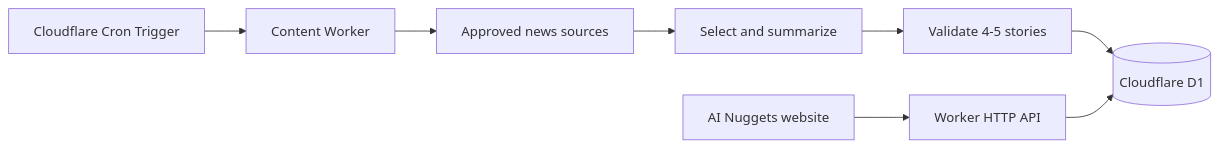
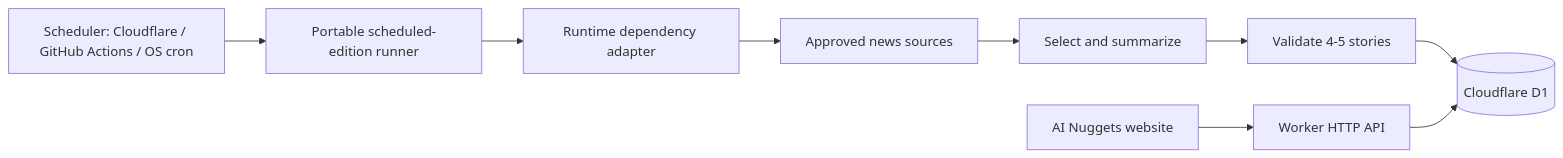
Before and after one commit to RadheCode/AINuggets: the diagram in docs/DAILY_CONTENT_AUTOMATION.md, drawn with Mermaid. The commit also changed other lines of this file, not shown here.

Commit message:
Document portable automation workflow

````diff
--- a/docs/DAILY_CONTENT_AUTOMATION.md
+++ b/docs/DAILY_CONTENT_AUTOMATION.md
@@ -7,10 +7,11 @@
 ```mermaid
 flowchart LR
-    Cron[Cloudflare Cron Trigger] --> Worker[Content Worker]
-    Worker --> Sources[Approved news sources]
+    Cron[Scheduler: Cloudflare / GitHub Actions / OS cron] --> Runner[Portable scheduled-edition runner]
+    Runner --> Adapters[Runtime dependency adapter]
+    Adapters --> Sources[Approved news sources]
     Sources --> Generate[Select and summarize]
     Generate --> Validate[Validate 4-5 stories]
     Validate --> D1[(Cloudflare D1)]
     Browser[AI Nuggets website] --> API[Worker HTTP API]
     API --> D1
 ```
````
